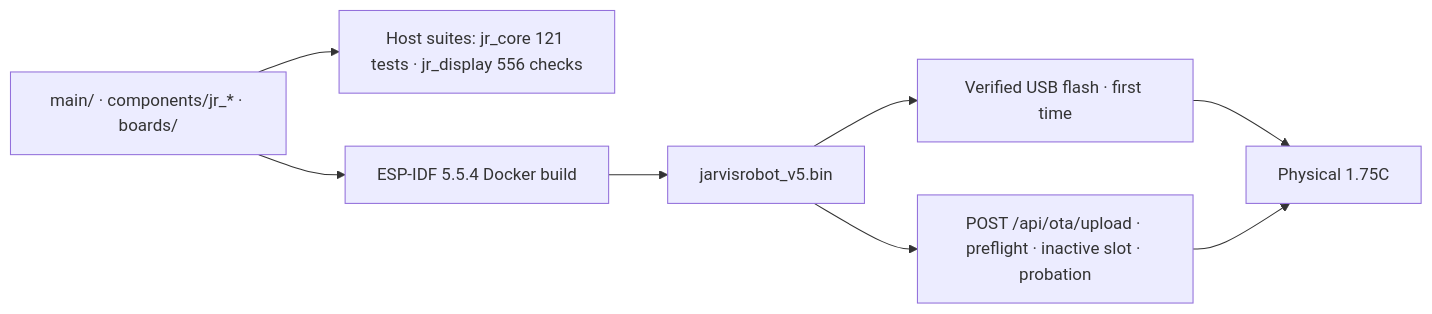
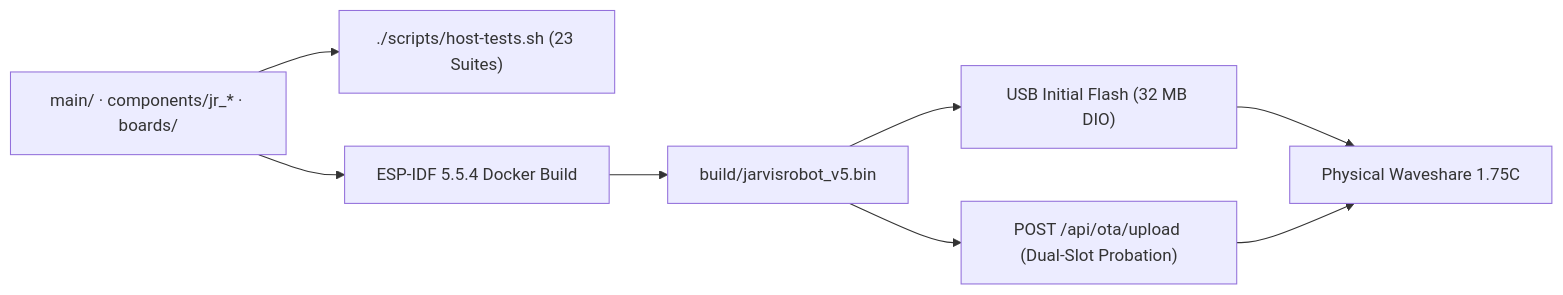
One commit to PascalAI2024/JarvisNano changed the fifth of 5 diagrams in docs/ARCHITECTURE.md. Above: the diagram before and after it, drawn with Mermaid. The commit also changed other lines of this file and 27 other files, not shown here.

````diff
--- a/docs/ARCHITECTURE.md
+++ b/docs/ARCHITECTURE.md
@@ -317,15 +210,10 @@
 ```mermaid
 flowchart LR
-    Source[main/ · components/jr_* · boards/]
-    Host[Host suites: jr_core 121 tests · jr_display 556 checks]
-    Docker[ESP-IDF 5.5.4 Docker build]
-    Image[jarvisrobot_v5.bin]
-    USB[Verified USB flash · first time]
-    OTA[POST /api/ota/upload · preflight · inactive slot · probation]
-    Device[Physical 1.75C]
-
-    Source --> Host
-    Source --> Docker --> Image
-    Image --> USB --> Device
-    Image --> OTA --> Device
+    Source["main/ · components/jr_* · boards/"] --> Host["./scripts/host-tests.sh (23 Suites)"]
+    Source --> Docker["ESP-IDF 5.5.4 Docker Build"]
+    Docker --> Image["build/jarvisrobot_v5.bin"]
+    Image --> USB["USB Initial Flash (32 MB DIO)"]
+    Image --> OTA["POST /api/ota/upload (Dual-Slot Probation)"]
+    USB --> Device["Physical Waveshare 1.75C"]
+    OTA --> Device
 ```
````
